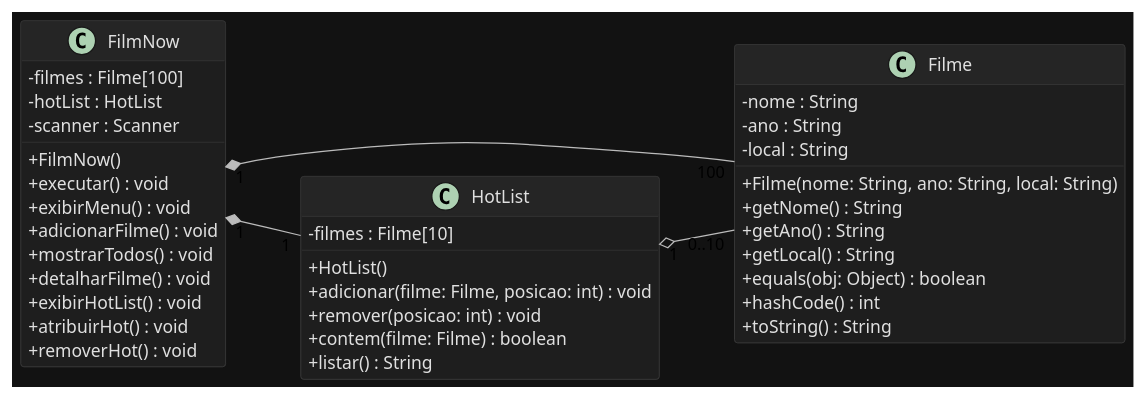
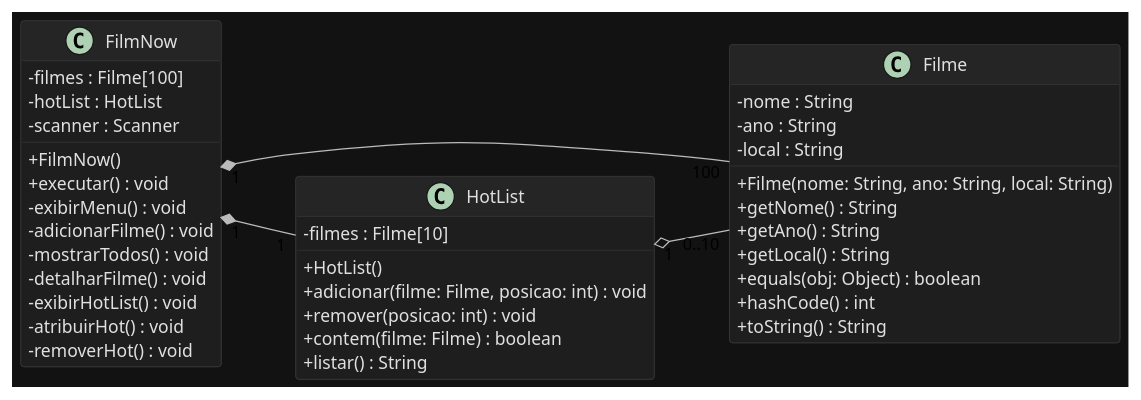
One commit to juliovlpsp-commits/LAB03 changed the diagram in docs/FilmNow_UML.puml. Above: the diagram before and after it, drawn with PlantUML. The commit also changed 3 other files, not shown here.

```diff
--- a/docs/FilmNow_UML.puml
+++ b/docs/FilmNow_UML.puml
@@ -1,54 +1,60 @@
 @startuml FilmNow
 left to right direction
 skinparam backgroundColor #121212
 skinparam shadowing false
 skinparam ArrowColor #BBBBBB
 skinparam ClassBackgroundColor #1E1E1E
 skinparam ClassBorderColor #3A3A3A
 skinparam ClassFontColor #E0E0E0
 skinparam ClassAttributeFontColor #E0E0E0
 skinparam ClassStereotypeFontColor #90CAF9
 skinparam ClassHeaderBackgroundColor #252525
+skinparam NoteBackgroundColor #2C2C2C
+skinparam NoteBorderColor #444444
+skinparam NoteFontColor #E0E0E0
+skinparam PackageBackgroundColor #1E1E1E
+skinparam PackageBorderColor #3A3A3A
+skinparam PackageFontColor #E0E0E0
 skinparam classAttributeIconSize 0
 
 class FilmNow {
   - filmes : Filme[100]
   - hotList : HotList
   - scanner : Scanner
   + FilmNow()
   + executar() : void
-  + exibirMenu() : void
-  + adicionarFilme() : void
-  + mostrarTodos() : void
-  + detalharFilme() : void
-  + exibirHotList() : void
-  + atribuirHot() : void
-  + removerHot() : void
+  - exibirMenu() : void
+  - adicionarFilme() : void
+  - mostrarTodos() : void
+  - detalharFilme() : void
+  - exibirHotList() : void
+  - atribuirHot() : void
+  - removerHot() : void
 }
 
 class Filme {
   - nome : String
   - ano : String
   - local : String
   + Filme(nome: String, ano: String, local: String)
   + getNome() : String
   + getAno() : String
   + getLocal() : String
   + equals(obj: Object) : boolean
   + hashCode() : int
   + toString() : String
 }
 
 class HotList {
   - filmes : Filme[10]
   + HotList()
   + adicionar(filme: Filme, posicao: int) : void
   + remover(posicao: int) : void
   + contem(filme: Filme) : boolean
   + listar() : String
 }
 
 FilmNow "1" *-- "100" Filme
 FilmNow "1" *-- "1" HotList
 HotList "1" o-- "0..10" Filme
 @enduml
```
